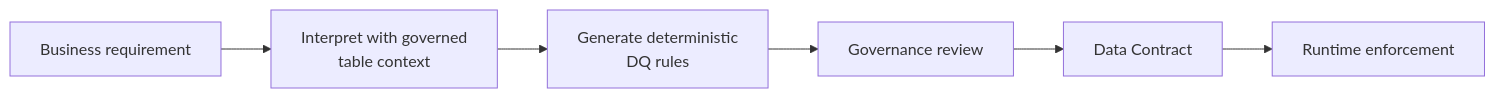
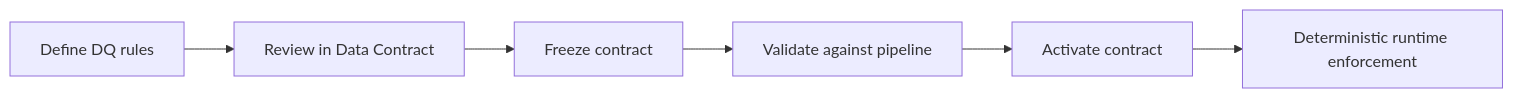
One commit to Voycepeh/FabricOps-Starter-Kit changed the diagram in docs/solutions/business-rules-to-data-quality.md. Above: the diagram before and after it, drawn with Mermaid. The commit also changed other lines of this file, not shown here.

Commit message:
docs: reframe data quality solution around rules

````diff
--- a/docs/solutions/business-rules-to-data-quality.md
+++ b/docs/solutions/business-rules-to-data-quality.md
@@ -17,8 +39,8 @@
 ```mermaid
 flowchart LR
-    A["Business requirement"] --> B["Interpret with governed<br/>table context"]
-    B --> C["Generate deterministic<br/>DQ rules"]
-    C --> D["Governance review"]
-    D --> E["Data Contract"]
-    E --> F["Runtime enforcement"]
+    A["Define DQ rules"] --> B["Review in Data Contract"]
+    B --> C["Freeze contract"]
+    C --> D["Validate against pipeline"]
+    D --> E["Activate contract"]
+    E --> F["Deterministic runtime enforcement"]
 ```
````
